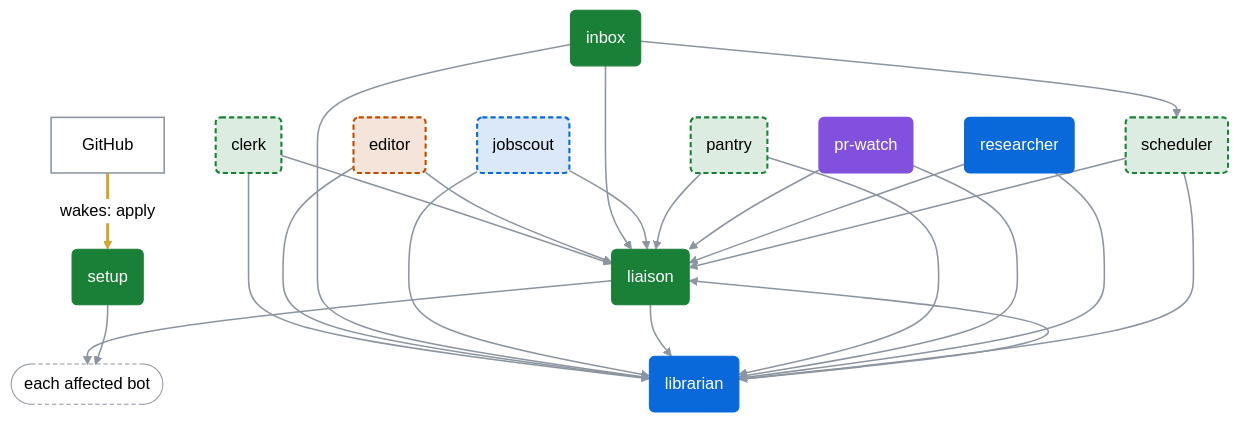
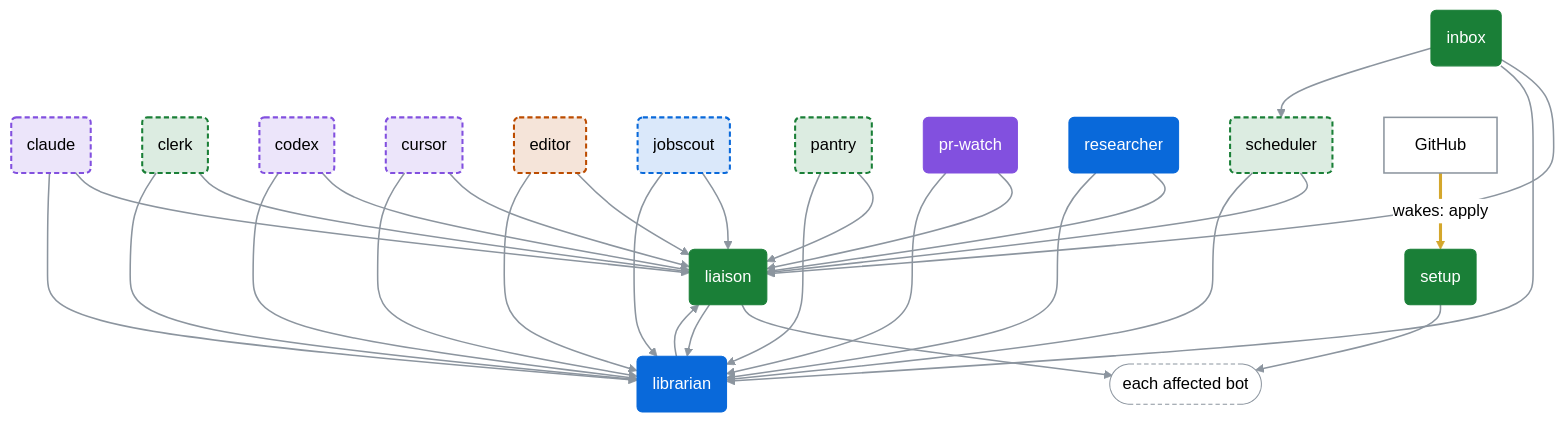
The first of 2 diagrams in docs/bot-chart.md (dfakkeldy/fakkelbot), drawn with Mermaid (neutral theme) before and after one commit. The commit also changed other lines of this file and 12 other files, not shown here.

Commit message:
feat(starter): add optional coding group for Claude, Cursor and Codex

````diff
--- a/docs/bot-chart.md
+++ b/docs/bot-chart.md
@@ -13,57 +13,68 @@
 ```mermaid
 %%{init: {"flowchart": {"curve": "basis"}}}%%
 flowchart TB
+    bot_claude("claude")
     bot_clerk("clerk")
+    bot_codex("codex")
+    bot_cursor("cursor")
     bot_editor("editor")
     bot_inbox("inbox")
     bot_jobscout("jobscout")
     bot_liaison("liaison")
     bot_librarian("librarian")
     bot_pantry("pantry")
     bot_pr_watch("pr-watch")
     bot_researcher("researcher")
     bot_scheduler("scheduler")
     bot_setup("setup")
     fan_each_affected_bot(["each affected bot"])
     sys_github["GitHub"]
+    bot_claude --> bot_liaison
+    bot_claude --> bot_librarian
     bot_clerk --> bot_liaison
     bot_clerk --> bot_librarian
+    bot_codex --> bot_liaison
+    bot_codex --> bot_librarian
+    bot_cursor --> bot_liaison
+    bot_cursor --> bot_librarian
     bot_editor --> bot_liaison
     bot_editor --> bot_librarian
     bot_inbox --> bot_liaison
     bot_inbox --> bot_librarian
     bot_inbox --> bot_scheduler
     bot_jobscout --> bot_liaison
     bot_jobscout --> bot_librarian
     bot_liaison --> fan_each_affected_bot
     bot_liaison --> bot_librarian
     bot_librarian --> bot_liaison
     bot_pantry --> bot_liaison
     bot_pantry --> bot_librarian
     bot_pr_watch --> bot_liaison
     bot_pr_watch --> bot_librarian
     bot_researcher --> bot_liaison
     bot_researcher --> bot_librarian
     bot_scheduler --> bot_liaison
     bot_scheduler --> bot_librarian
     bot_setup --> fan_each_affected_bot
     sys_github ==>|"wakes: apply"| bot_setup
+    classDef builders_optional fill:#8250df26,stroke:#8250df,stroke-width:2px,stroke-dasharray:5 3
+    class bot_claude,bot_codex,bot_cursor builders_optional
     classDef daily_life_optional fill:#1a7f3726,stroke:#1a7f37,stroke-width:2px,stroke-dasharray:5 3
     class bot_clerk,bot_pantry,bot_scheduler daily_life_optional
     classDef content_optional fill:#bc4c0026,stroke:#bc4c00,stroke-width:2px,stroke-dasharray:5 3
     class bot_editor content_optional
     classDef daily_life fill:#1a7f37,stroke:#1a7f37,color:#ffffff
     class bot_inbox,bot_liaison,bot_setup daily_life
     classDef work_optional fill:#0969da26,stroke:#0969da,stroke-width:2px,stroke-dasharray:5 3
     class bot_jobscout work_optional
     classDef work fill:#0969da,stroke:#0969da,color:#ffffff
     class bot_librarian,bot_researcher work
     classDef builders fill:#8250df,stroke:#8250df,color:#ffffff
     class bot_pr_watch builders
     classDef system fill:transparent,stroke:#8c959f,stroke-width:1.5px
     class sys_github system
     classDef fan_out fill:transparent,stroke:#8c959f,stroke-dasharray:4 3
     class fan_each_affected_bot fan_out
-    linkStyle 0,1,2,3,4,5,6,7,8,9,10,11,12,13,14,15,16,17,18,19,20 stroke:#8c959f,stroke-width:1.5px
-    linkStyle 21 stroke:#d4a72c,stroke-width:3px
+    linkStyle 0,1,2,3,4,5,6,7,8,9,10,11,12,13,14,15,16,17,18,19,20,21,22,23,24,25,26 stroke:#8c959f,stroke-width:1.5px
+    linkStyle 27 stroke:#d4a72c,stroke-width:3px
 ```
````
